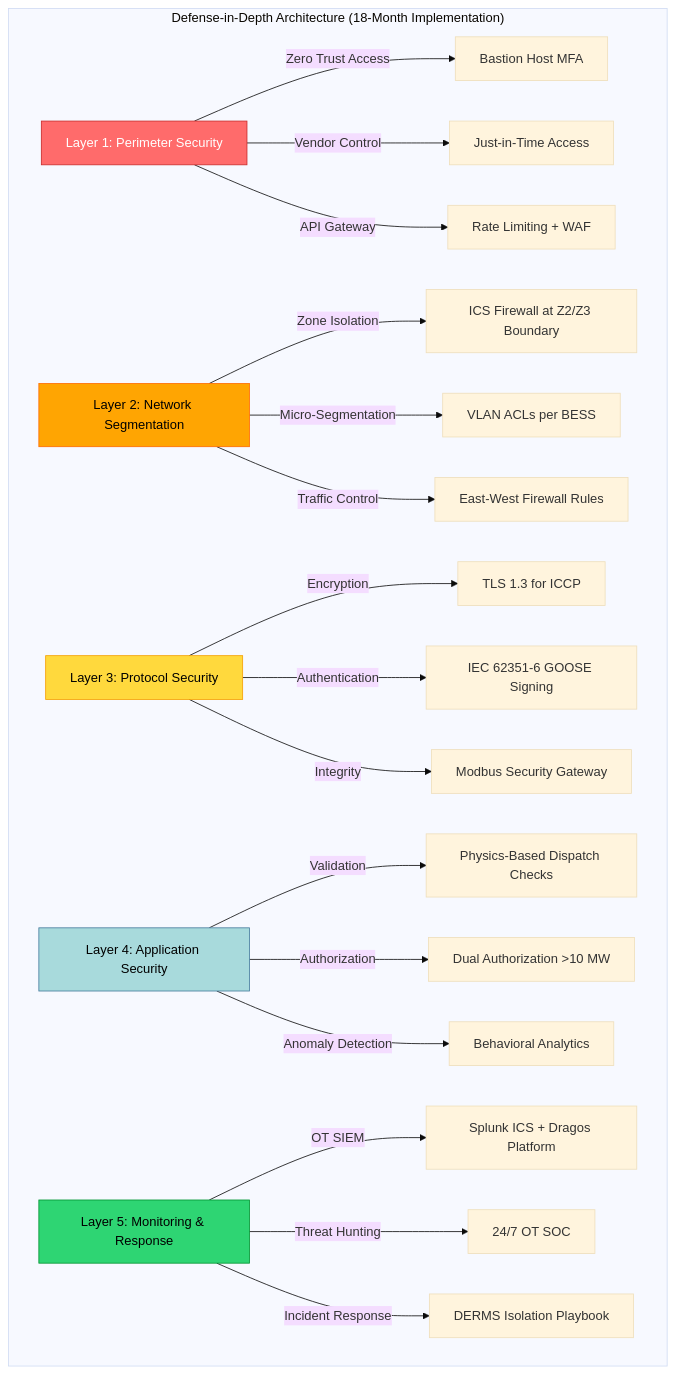
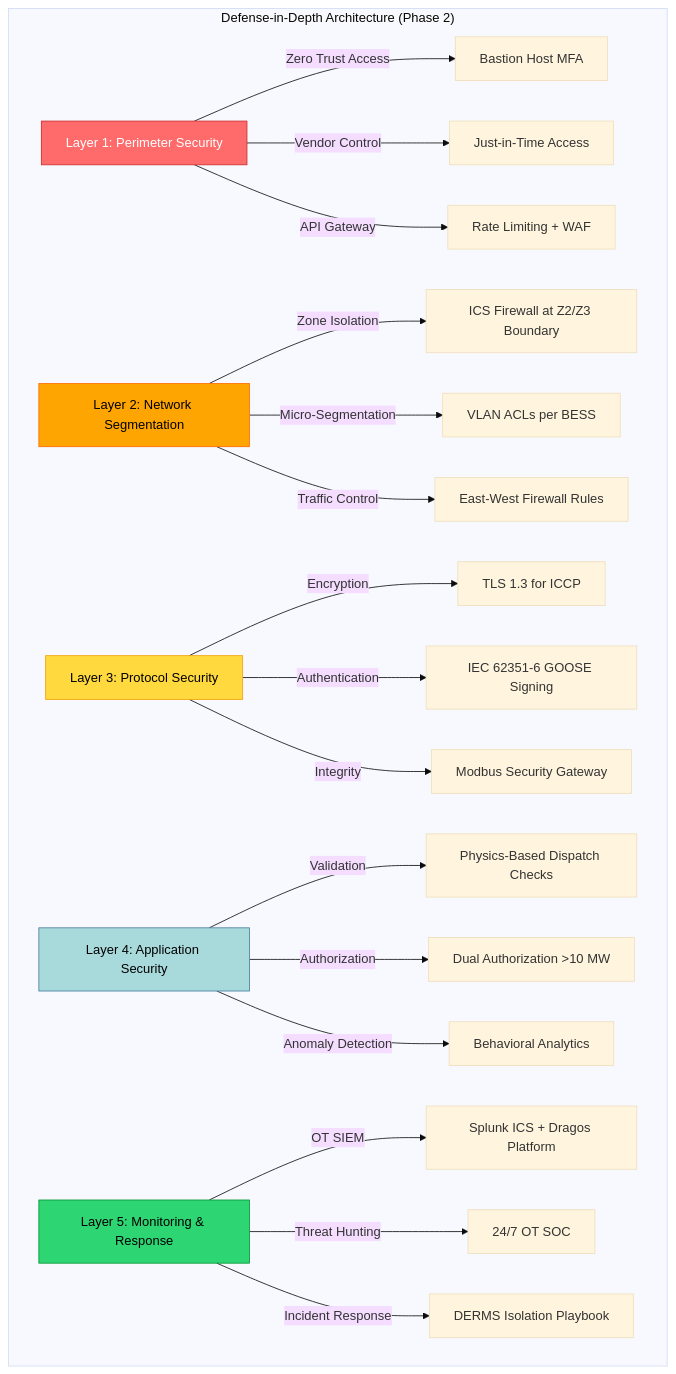
One commit to Planet9V/eigenia changed the tenth of 12 diagrams in references/WG-04-CF-Cascading-Failures/WG-04-CF-Cascading Failure Hypothesis.md. Above: the diagram before and after it, drawn with Mermaid (base theme). The commit also changed other lines of this file, not shown here.

First line of the commit message:
feat(content): add the RoCoF-inertia and Purdue attack-path diagrams

````diff
--- a/references/WG-04-CF-Cascading-Failures/WG-04-CF-Cascading Failure Hypothesis.md
+++ b/references/WG-04-CF-Cascading-Failures/WG-04-CF-Cascading Failure Hypothesis.md
@@ -1780,36 +1898,36 @@
 ```mermaid
 graph TB
-    subgraph "Defense-in-Depth Architecture (18-Month Implementation)"
+    subgraph "Defense-in-Depth Architecture (Phase 2)"
         L1[Layer 1: Perimeter Security]
         L2[Layer 2: Network Segmentation]
         L3[Layer 3: Protocol Security]
         L4[Layer 4: Application Security]
         L5[Layer 5: Monitoring & Response]
 
         L1 --> |Zero Trust Access| L1a[Bastion Host MFA]
         L1 --> |Vendor Control| L1b[Just-in-Time Access]
         L1 --> |API Gateway| L1c[Rate Limiting + WAF]
 
         L2 --> |Zone Isolation| L2a[ICS Firewall at Z2/Z3 Boundary]
         L2 --> |Micro-Segmentation| L2b[VLAN ACLs per BESS]
         L2 --> |Traffic Control| L2c[East-West Firewall Rules]
 
         L3 --> |Encryption| L3a[TLS 1.3 for ICCP]
         L3 --> |Authentication| L3b[IEC 62351-6 GOOSE Signing]
         L3 --> |Integrity| L3c[Modbus Security Gateway]
 
         L4 --> |Validation| L4a[Physics-Based Dispatch Checks]
         L4 --> |Authorization| L4b[Dual Authorization >10 MW]
         L4 --> |Anomaly Detection| L4c[Behavioral Analytics]
 
         L5 --> |OT SIEM| L5a[Splunk ICS + Dragos Platform]
         L5 --> |Threat Hunting| L5b[24/7 OT SOC]
         L5 --> |Incident Response| L5c[DERMS Isolation Playbook]
     end
 
     style L1 fill:#ff6b6b,stroke:#c92a2a,color:#fff
     style L2 fill:#ffa502,stroke:#ff6b00,color:#000
     style L3 fill:#ffd93d,stroke:#f59f00,color:#000
     style L4 fill:#a8dadc,stroke:#457b9d,color:#000
     style L5 fill:#2ed573,stroke:#009432,color:#000
 ```
````
